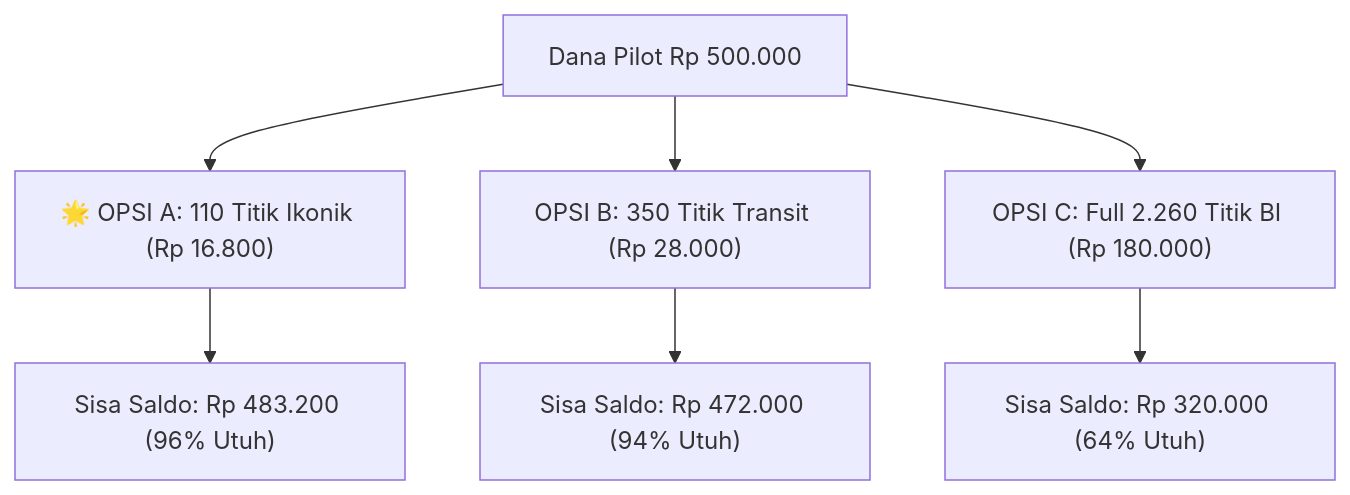
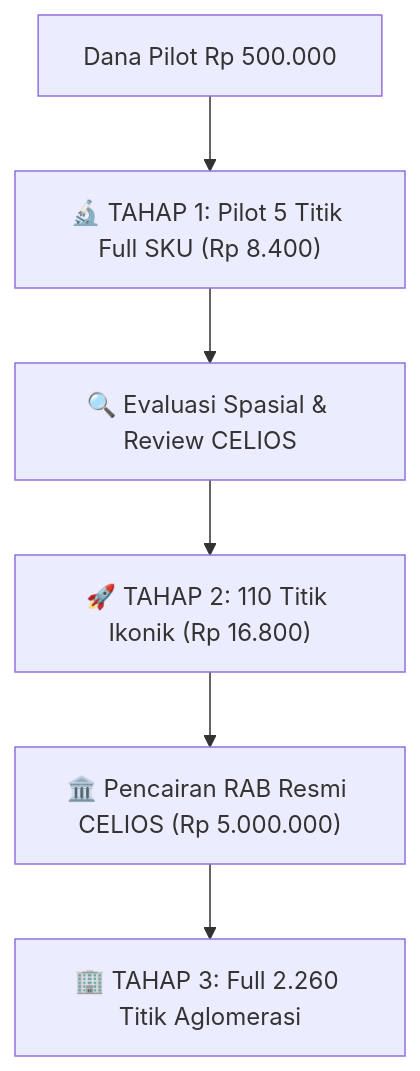
Before and after one commit to HenryAi-SIBERMU/SP: the first of 3 diagrams in docs/PLAN-PROOF-OF-WORK-SOLAR-API-JABODETABEK.md, drawn with Mermaid. The commit also changed other lines of this file, not shown here.

Commit message:
docs: perbarui rencana kerja POW Tahap 1 (5 titik multi-kategori full SKU, audit pipeline spasial, skema dataset, dan integrasi dashboard)

````diff
--- a/docs/PLAN-PROOF-OF-WORK-SOLAR-API-JABODETABEK.md
+++ b/docs/PLAN-PROOF-OF-WORK-SOLAR-API-JABODETABEK.md
@@ -52,10 +22,8 @@
 ```mermaid
 graph TD
-    Budget["Dana Pilot Rp 500.000"] --> OpsiA["🌟 OPSI A: 110 Titik Ikonik (Rp 16.800)"]
-    Budget --> OpsiB["OPSI B: 350 Titik Transit (Rp 28.000)"]
-    Budget --> OpsiC["OPSI C: Full 2.260 Titik BI (Rp 180.000)"]
-    
-    OpsiA --> SisaA["Sisa Saldo: Rp 483.200 (96% Utuh)"]
-    OpsiB --> SisaB["Sisa Saldo: Rp 472.000 (94% Utuh)"]
-    OpsiC --> SisaC["Sisa Saldo: Rp 320.000 (64% Utuh)"]
+    Budget["Dana Pilot Rp 500.000"] --> Tahap1["🔬 TAHAP 1: Pilot 5 Titik Full SKU (Rp 8.400)"]
+    Tahap1 --> Review["🔍 Evaluasi Spasial & Review CELIOS"]
+    Review --> Tahap2["🚀 TAHAP 2: 110 Titik Ikonik (Rp 16.800)"]
+    Tahap2 --> Pencairan["🏛️ Pencairan RAB Resmi CELIOS (Rp 5.000.000)"]
+    Pencairan --> Tahap3["🏢 TAHAP 3: Full 2.260 Titik Aglomerasi"]
 ```
````
